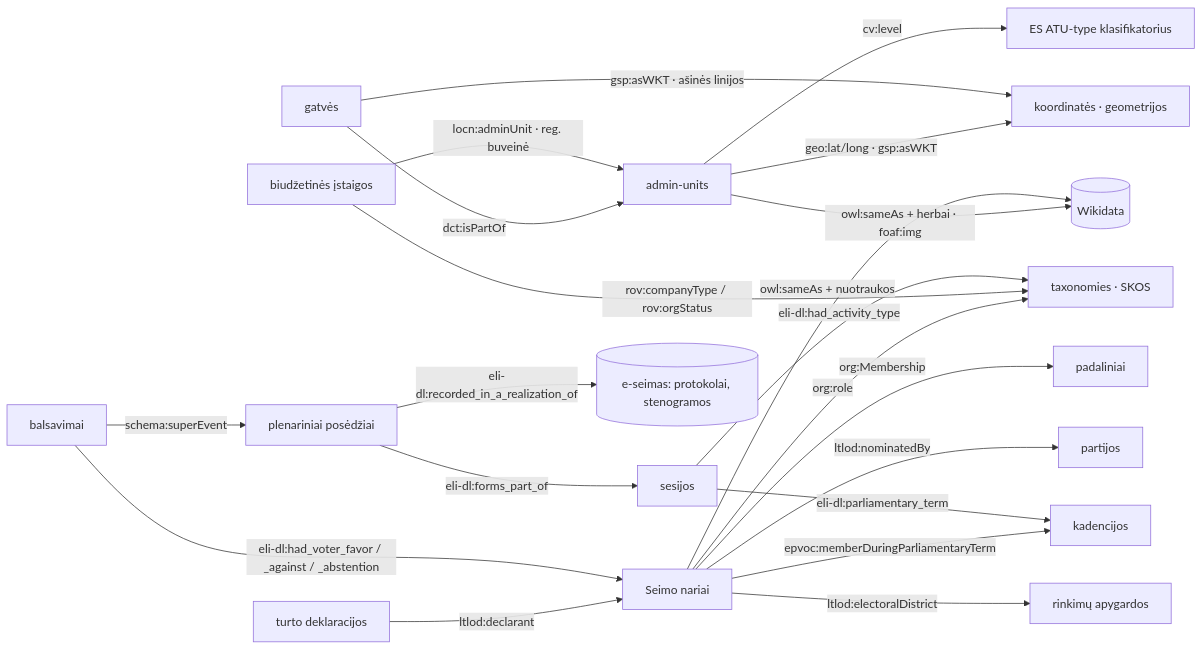
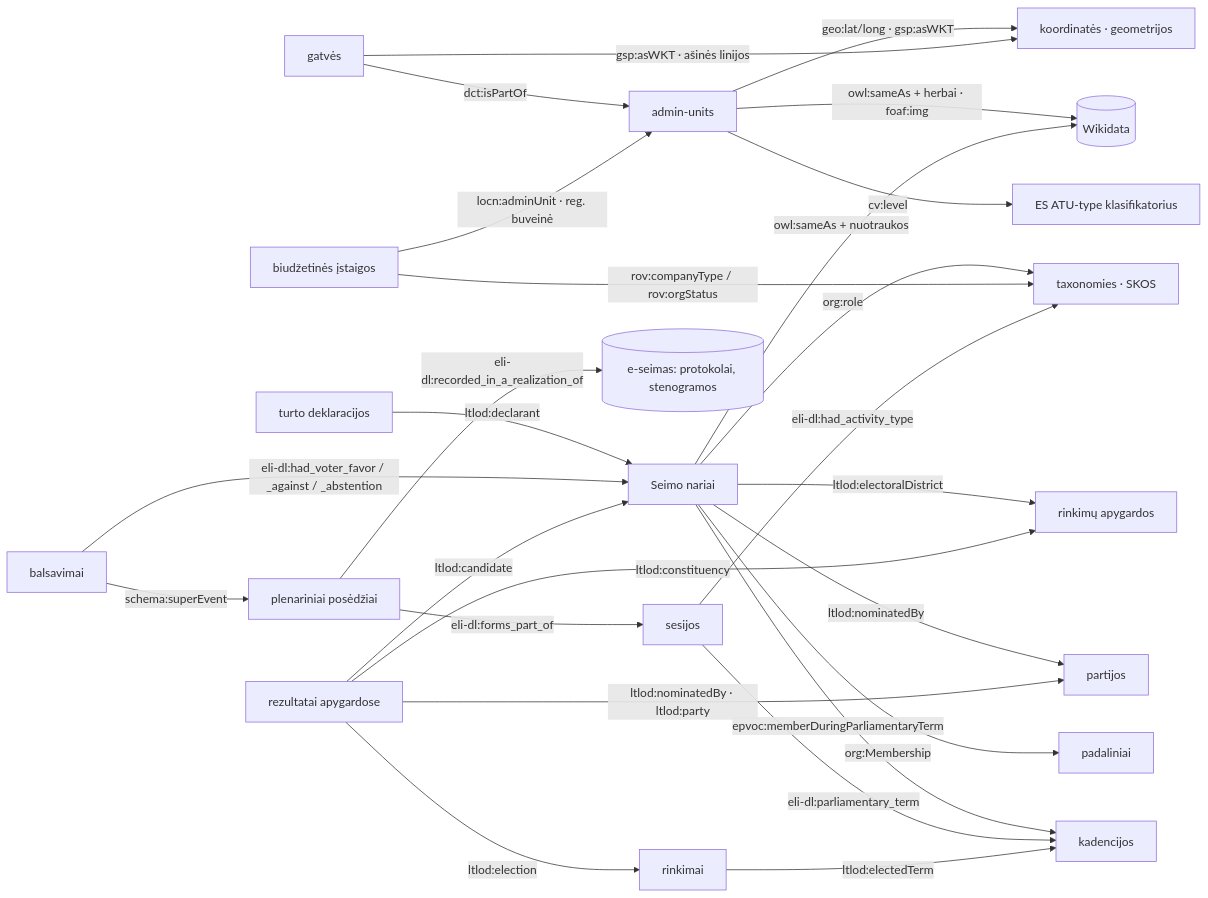
One commit to AtomGraph/LTLOD changed the second of 3 diagrams in README.md. Above: the diagram before and after it, drawn with Mermaid. The commit also changed other lines of this file and 25 other files, not shown here.

First line of the commit message:
Elections: VRK Seimas election results per constituency (2020, 2024)

````diff
--- a/README.md
+++ b/README.md
@@ -94,23 +95,28 @@
 ```mermaid
 graph LR
     streets[gatvės] -->|dct:isPartOf| admin[admin-units]
     legal[biudžetinės įstaigos] -->|locn:adminUnit · reg. buveinė| admin
     seimas[Seimo nariai] -->|org:Membership| units[padaliniai]
     seimas -->|ltlod:nominatedBy| parties[partijos]
     seimas -->|ltlod:electoralDistrict| districts[rinkimų apygardos]
     seimas -->|org:role| tax[taxonomies · SKOS]
     legal -->|rov:companyType / rov:orgStatus| tax
     admin -->|cv:level| atu[ES ATU-type klasifikatorius]
     admin -->|geo:lat/long · gsp:asWKT| geo[koordinatės · geometrijos]
     streets -->|gsp:asWKT · ašinės linijos| geo
     admin -->|owl:sameAs + herbai · foaf:img| wd[(Wikidata)]
     seimas -->|owl:sameAs + nuotraukos| wd
     seimas -->|epvoc:memberDuringParliamentaryTerm| terms[kadencijos]
     declarations[turto deklaracijos] -->|ltlod:declarant| seimas
     sittings[plenariniai posėdžiai] -->|eli-dl:forms_part_of| sessions[sesijos]
     sessions -->|eli-dl:parliamentary_term| terms
     sessions -->|eli-dl:had_activity_type| tax
     sittings -->|eli-dl:recorded_in_a_realization_of| eseimas[(e-seimas: protokolai, stenogramos)]
     votes[balsavimai] -->|schema:superEvent| sittings
     votes -->|eli-dl:had_voter_favor / _against / _abstention| seimas
+    elections[rinkimai] -->|ltlod:electedTerm| terms
+    results[rezultatai apygardose] -->|ltlod:election| elections
+    results -->|ltlod:constituency| districts
+    results -->|ltlod:candidate| seimas
+    results -->|ltlod:nominatedBy · ltlod:party| parties
 ```
````
